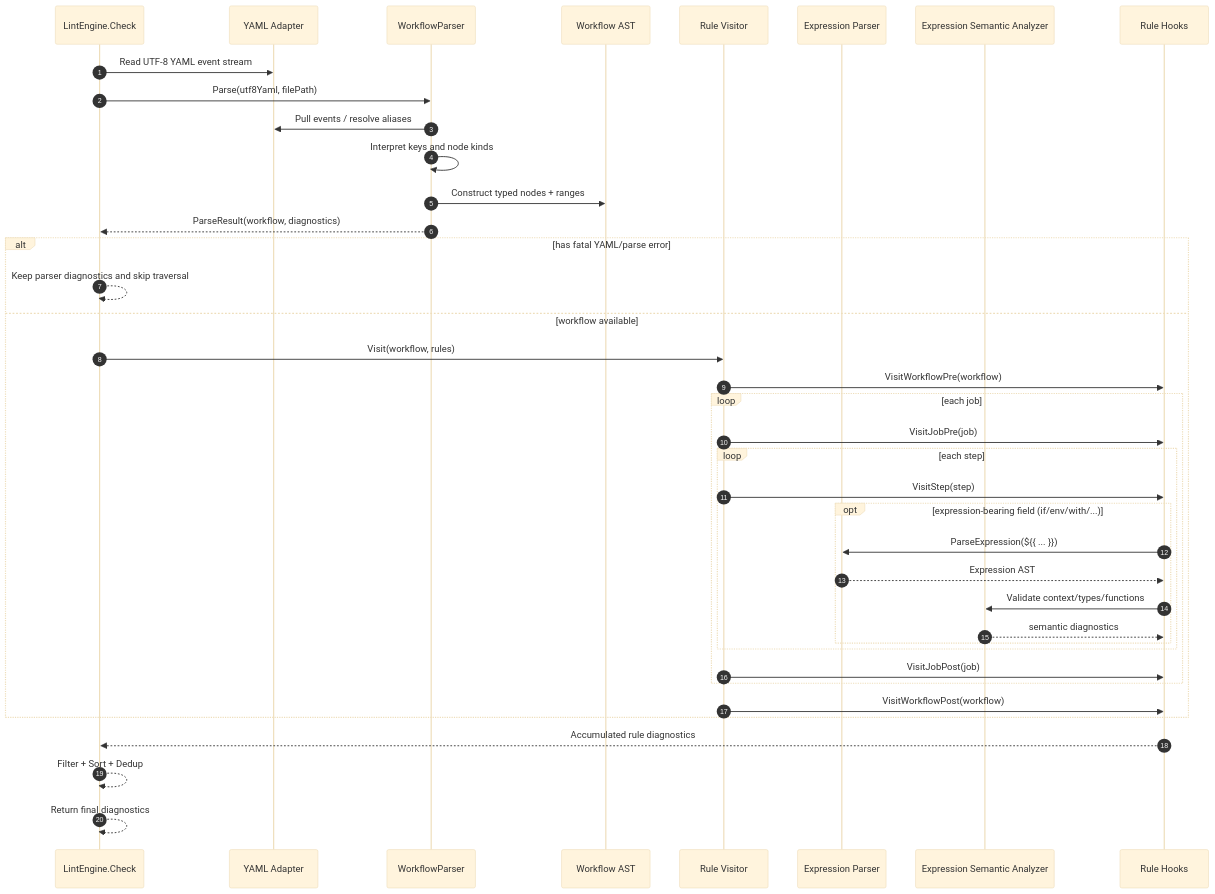
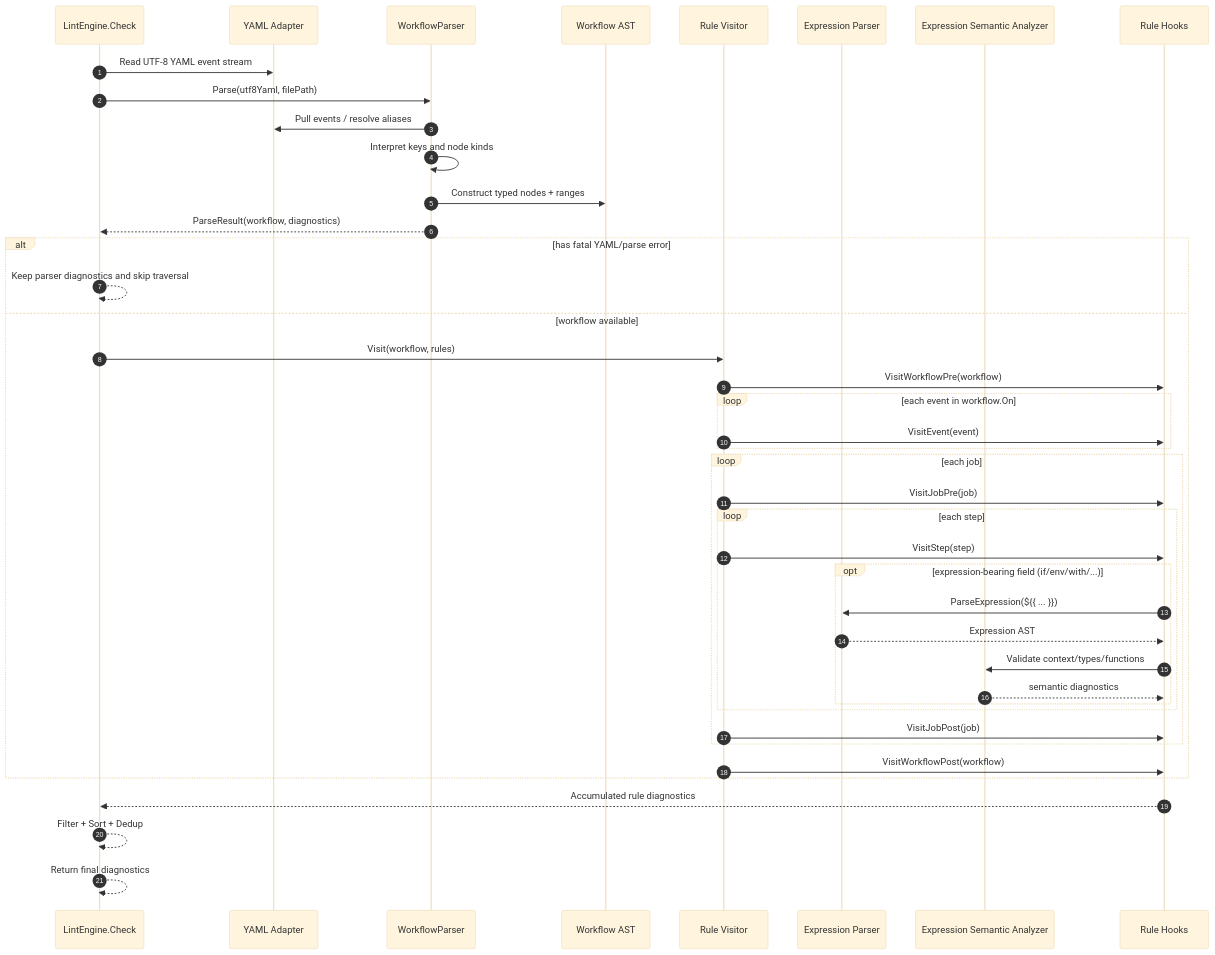
The diagram in Docs/Seiton_Parser_spec.md (guitarrapc/seiton), drawn with Mermaid (base theme) before and after one commit. The commit also changed other lines of this file and 8 other files, not shown here.

Commit message:
feat: add Visit Event

````diff
--- a/Docs/Seiton_Parser_spec.md
+++ b/Docs/Seiton_Parser_spec.md
@@ -59,44 +59,47 @@
 ```mermaid
 sequenceDiagram
   autonumber
   participant Caller as LintEngine.Check
   participant Adapter as YAML Adapter
   participant Parser as WorkflowParser
   participant AST as Workflow AST
   participant Visitor as Rule Visitor
   participant Expr as Expression Parser
   participant Sem as Expression Semantic Analyzer
   participant Rule as Rule Hooks
 
   Caller->>Adapter: Read UTF-8 YAML event stream
   Caller->>Parser: Parse(utf8Yaml, filePath)
   Parser->>Adapter: Pull events / resolve aliases
   Parser->>Parser: Interpret keys and node kinds
   Parser->>AST: Construct typed nodes + ranges
   Parser-->>Caller: ParseResult(workflow, diagnostics)
 
   alt has fatal YAML/parse error
     Caller-->>Caller: Keep parser diagnostics and skip traversal
   else workflow available
     Caller->>Visitor: Visit(workflow, rules)
     Visitor->>Rule: VisitWorkflowPre(workflow)
+    loop each event in workflow.On
+      Visitor->>Rule: VisitEvent(event)
+    end
     loop each job
       Visitor->>Rule: VisitJobPre(job)
       loop each step
         Visitor->>Rule: VisitStep(step)
         opt expression-bearing field (if/env/with/...)
           Rule->>Expr: ParseExpression(${{ ... }})
           Expr-->>Rule: Expression AST
           Rule->>Sem: Validate context/types/functions
           Sem-->>Rule: semantic diagnostics
         end
       end
       Visitor->>Rule: VisitJobPost(job)
     end
     Visitor->>Rule: VisitWorkflowPost(workflow)
   end
 
   Rule-->>Caller: Accumulated rule diagnostics
   Caller-->>Caller: Filter + Sort + Dedup
   Caller-->>Caller: Return final diagnostics
 ```
````
